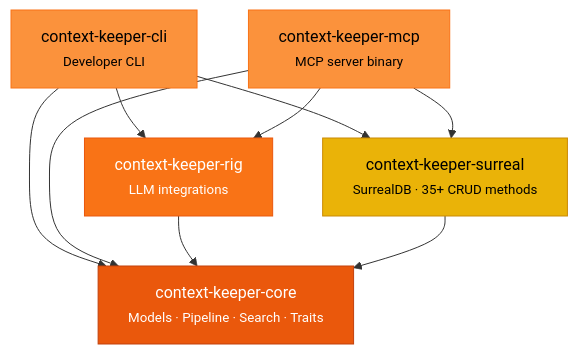
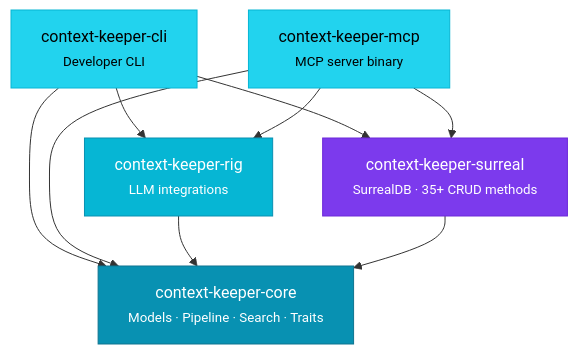
One commit to mindbend0x/context-keeper changed the diagram in docs/website/docs/architecture.md. Above: the diagram before and after it, drawn with Mermaid. The commit also changed 11 other files, not shown here.

First line of the commit message:
feat(website): revamp landing page with graph-native UI and new visual identity

````diff
--- a/docs/website/docs/architecture.md
+++ b/docs/website/docs/architecture.md
@@ -15,18 +15,18 @@
 ```mermaid
 graph TD
     CLI["context-keeper-cli<br/><small>Developer CLI</small>"] --> CORE
     CLI --> RIG
     CLI --> SURREAL
     MCP["context-keeper-mcp<br/><small>MCP server binary</small>"] --> CORE
     MCP --> RIG
     MCP --> SURREAL
     RIG["context-keeper-rig<br/><small>LLM integrations</small>"] --> CORE
     SURREAL["context-keeper-surreal<br/><small>SurrealDB · 35+ CRUD methods</small>"] --> CORE
     CORE["context-keeper-core<br/><small>Models · Pipeline · Search · Traits</small>"]
 
-    style CORE fill:#ea580c,stroke:#c2410c,color:#fff
-    style RIG fill:#f97316,stroke:#ea580c,color:#fff
-    style SURREAL fill:#eab308,stroke:#ca8a04,color:#000
-    style CLI fill:#fb923c,stroke:#f97316,color:#000
-    style MCP fill:#fb923c,stroke:#f97316,color:#000
+    style CORE fill:#0891b2,stroke:#0e7490,color:#fff
+    style RIG fill:#06b6d4,stroke:#0891b2,color:#fff
+    style SURREAL fill:#7c3aed,stroke:#6d28d9,color:#fff
+    style CLI fill:#22d3ee,stroke:#06b6d4,color:#000
+    style MCP fill:#22d3ee,stroke:#06b6d4,color:#000
 ```
````
